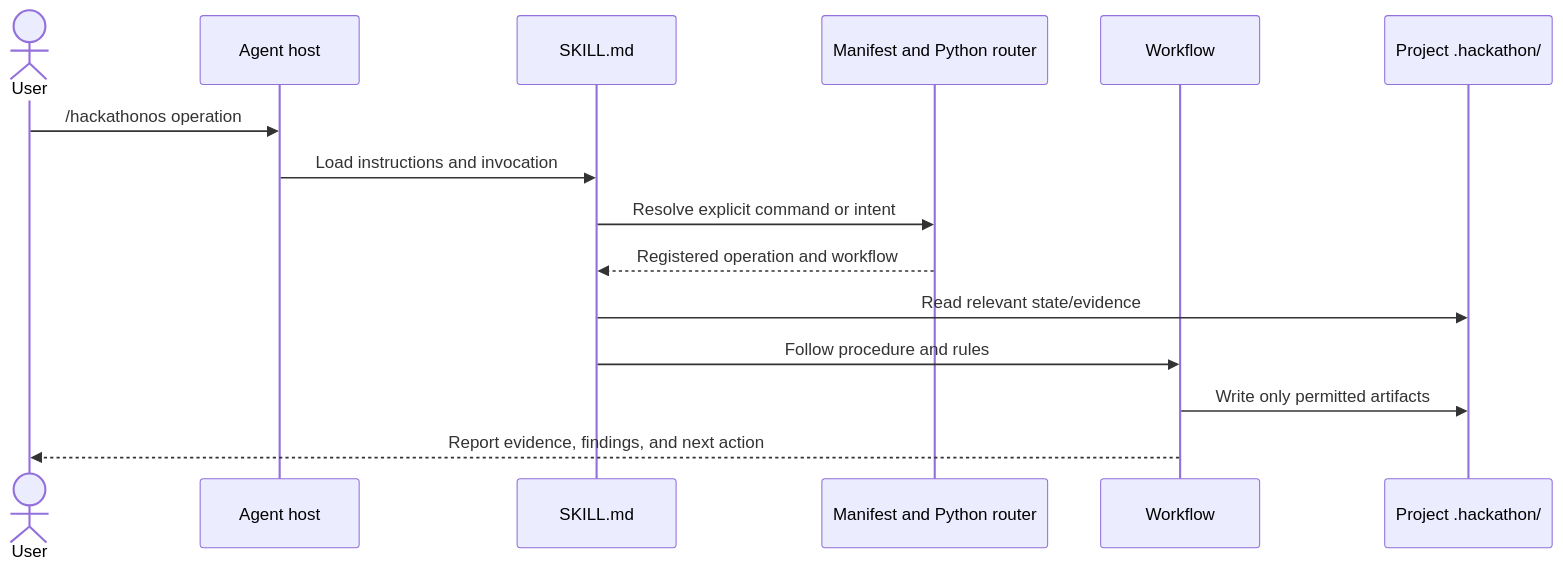
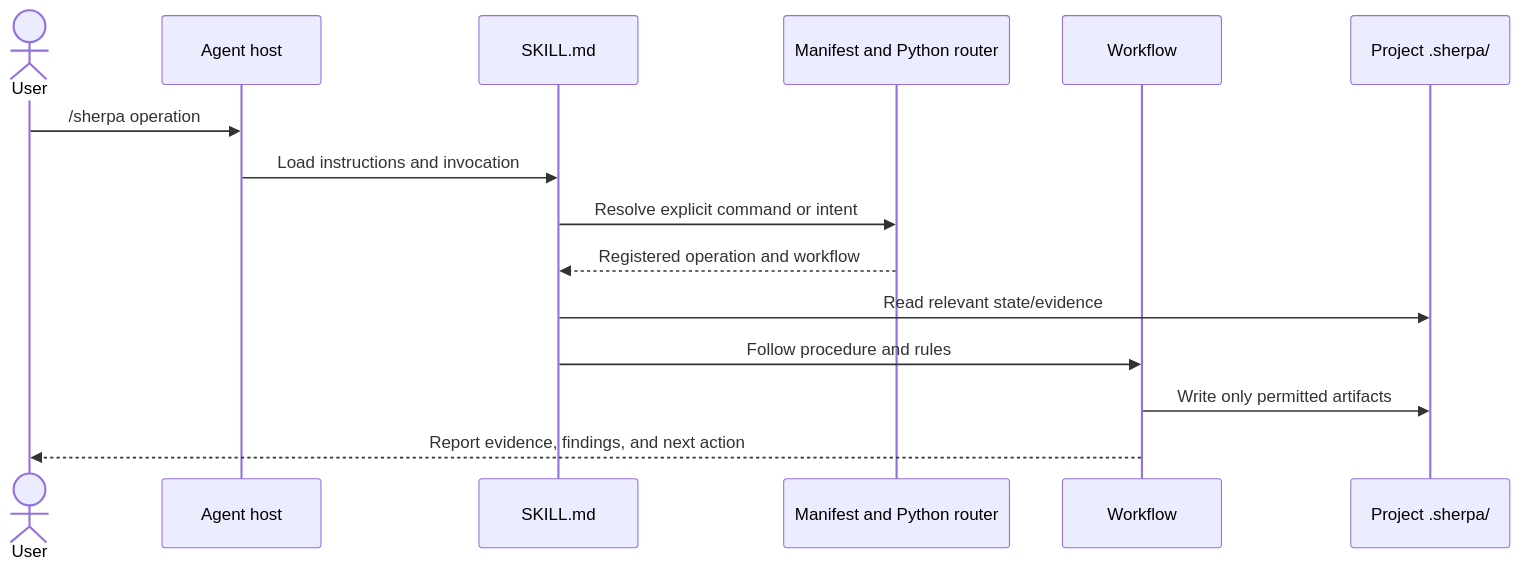
Before and after one commit to Anshkaliya18/HackathonOS: the second of 2 diagrams in docs/architecture/index.md, drawn with Mermaid. The commit also changed other lines of this file and 358 other files, not shown here.

Commit message:
feat: rename HackathonOS to Sherpa and redesign docs

````diff
--- a/docs/architecture/index.md
+++ b/docs/architecture/index.md
@@ -43,17 +43,17 @@
 ```mermaid
 sequenceDiagram
   actor User
   participant Host as Agent host
   participant Skill as SKILL.md
   participant Router as Manifest and Python router
   participant Workflow
-  participant State as Project .hackathon/
-  User->>Host: /hackathonos operation
+  participant State as Project .sherpa/
+  User->>Host: /sherpa operation
   Host->>Skill: Load instructions and invocation
   Skill->>Router: Resolve explicit command or intent
   Router-->>Skill: Registered operation and workflow
   Skill->>State: Read relevant state/evidence
   Skill->>Workflow: Follow procedure and rules
   Workflow->>State: Write only permitted artifacts
   Workflow-->>User: Report evidence, findings, and next action
 ```
````
